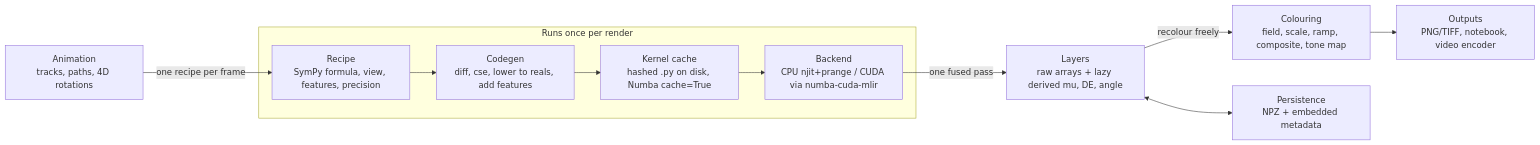
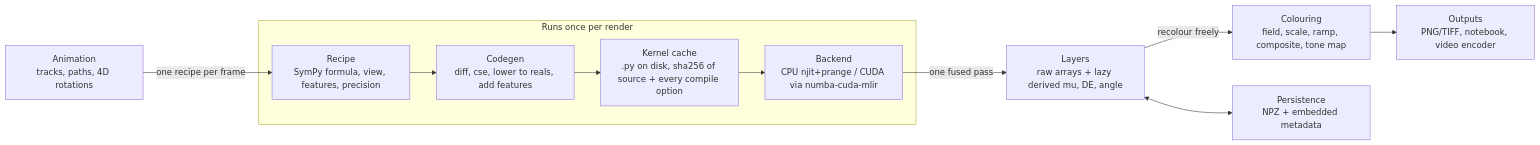
Before and after one commit to eoin-obrien/brotkit: the diagram in docs/design/spec.md, drawn with Mermaid. The commit also changed other lines of this file and 74 other files, not shown here.

````diff
--- a/docs/design/spec.md
+++ b/docs/design/spec.md
@@ -509,13 +509,13 @@
 ```mermaid
 flowchart LR
   subgraph once["Runs once per render"]
     R[Recipe<br/>SymPy formula, view, features, precision] --> G[Codegen<br/>diff, cse, lower to reals, add features]
-    G --> K[Kernel cache<br/>hashed .py on disk, Numba cache=True]
+    G --> K[Kernel cache<br/>.py on disk, sha256 of source + every compile option]
     K --> B[Backend<br/>CPU njit+prange / CUDA via numba-cuda-mlir]
   end
   B -- one fused pass --> L[Layers<br/>raw arrays + lazy derived mu, DE, angle]
   L -- recolour freely --> C[Colouring<br/>field, scale, ramp, composite, tone map]
   C --> O[Outputs<br/>PNG/TIFF, notebook, video encoder]
   A[Animation<br/>tracks, paths, 4D rotations] -- one recipe per frame --> R
   L <--> P[Persistence<br/>NPZ + embedded metadata]
 ```
````
